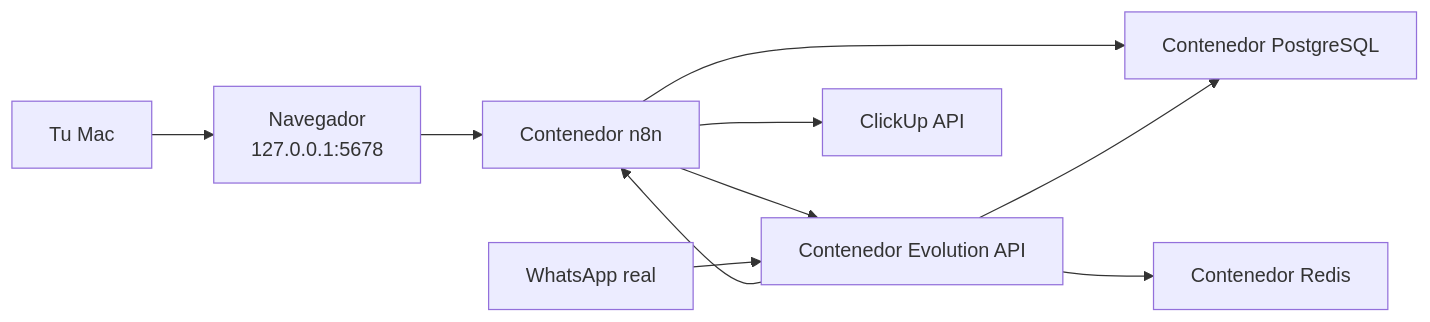
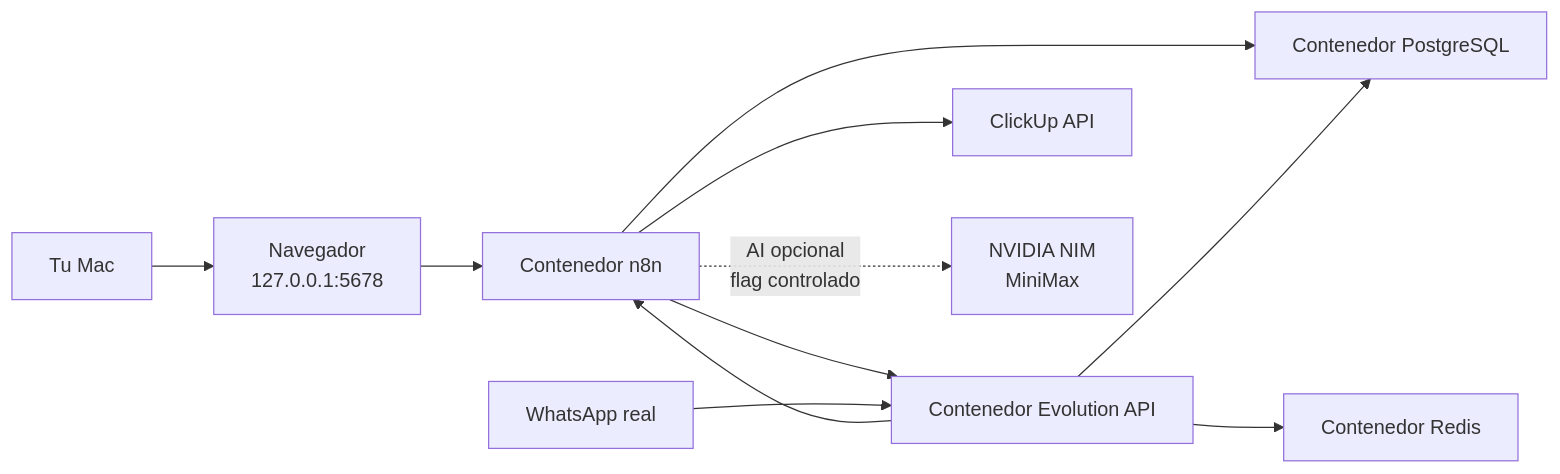
The diagram in docs/arquitectura.md (juanpablovM/Automatizacion-WhatsApp), drawn with Mermaid before and after one commit. The commit also changed other lines of this file and 31 other files, not shown here.

````diff
--- a/docs/arquitectura.md
+++ b/docs/arquitectura.md
@@ -32,12 +33,13 @@
 ```mermaid
 flowchart LR
     User["Tu Mac"] --> Browser["Navegador<br/>127.0.0.1:5678"]
     Browser --> N8N["Contenedor n8n"]
     N8N --> PG["Contenedor PostgreSQL"]
     N8N --> EVO["Contenedor Evolution API"]
     EVO --> REDIS["Contenedor Redis"]
     EVO --> PG
     N8N --> CU["ClickUp API"]
+    N8N -.->|AI opcional<br/>flag controlado| AI["NVIDIA NIM<br/>MiniMax"]
     WA["WhatsApp real"] --> EVO
     EVO --> N8N
 ```
````
